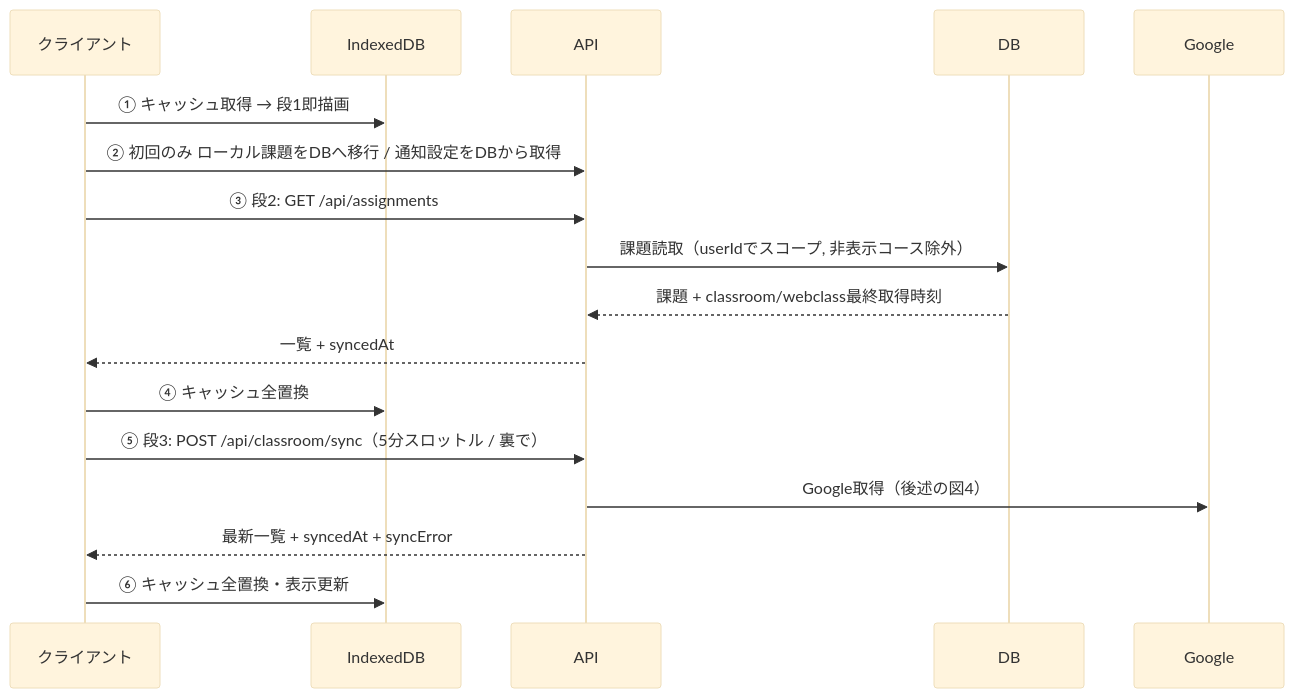
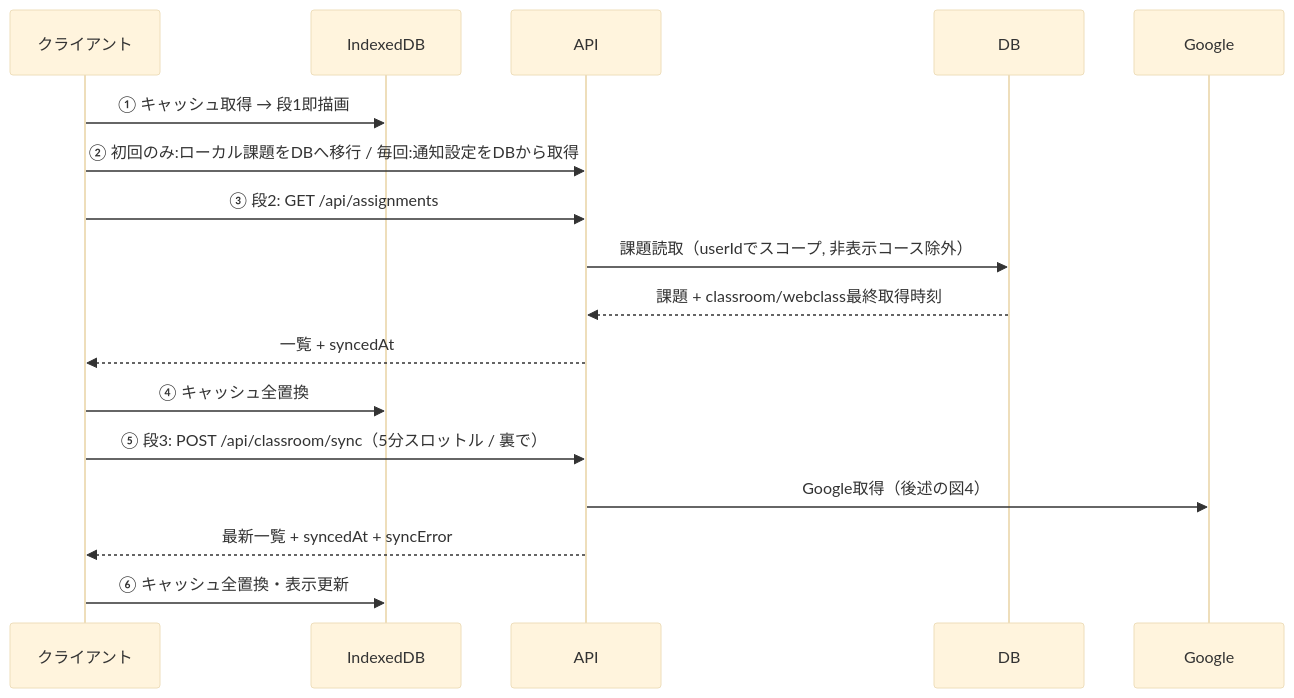
The third of 9 diagrams in docs/data-flow-scenarios.md (aaa-cloud-05/class-pilot), drawn with Mermaid (base theme) before and after one commit. The commit also changed other lines of this file, not shown here.

First line of the commit message:
docs: データフロー図鑑の誤りを修正

````diff
--- a/docs/data-flow-scenarios.md
+++ b/docs/data-flow-scenarios.md
@@ -84,19 +84,19 @@
 ```mermaid
 sequenceDiagram
   participant C as クライアント
   participant IDB as IndexedDB
   participant API as API
   participant DB as DB
   participant G as Google
   C->>IDB: ① キャッシュ取得 → 段1即描画
-  C->>API: ② 初回のみ ローカル課題をDBへ移行 / 通知設定をDBから取得
+  C->>API: ② 初回のみ:ローカル課題をDBへ移行 / 毎回:通知設定をDBから取得
   C->>API: ③ 段2: GET /api/assignments
   API->>DB: 課題読取（userIdでスコープ, 非表示コース除外）
   DB-->>API: 課題 + classroom/webclass最終取得時刻
   API-->>C: 一覧 + syncedAt
   C->>IDB: ④ キャッシュ全置換
   C->>API: ⑤ 段3: POST /api/classroom/sync（5分スロットル / 裏で）
   API->>G: Google取得（後述の図4）
   API-->>C: 最新一覧 + syncedAt + syncError
   C->>IDB: ⑥ キャッシュ全置換・表示更新
 ```
````
